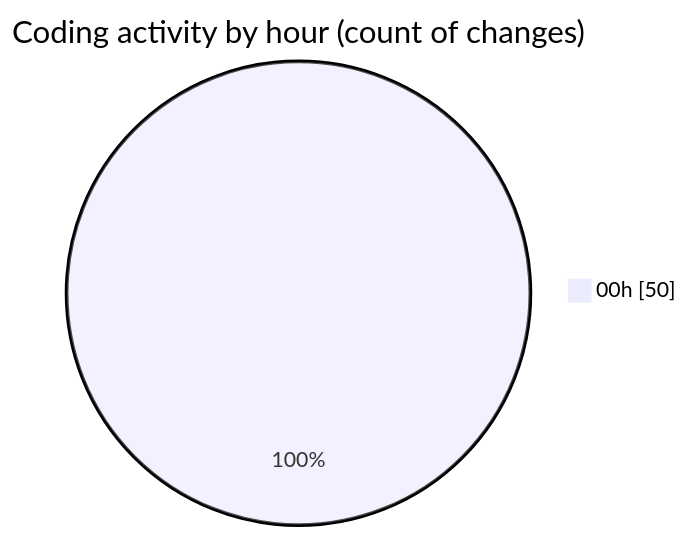
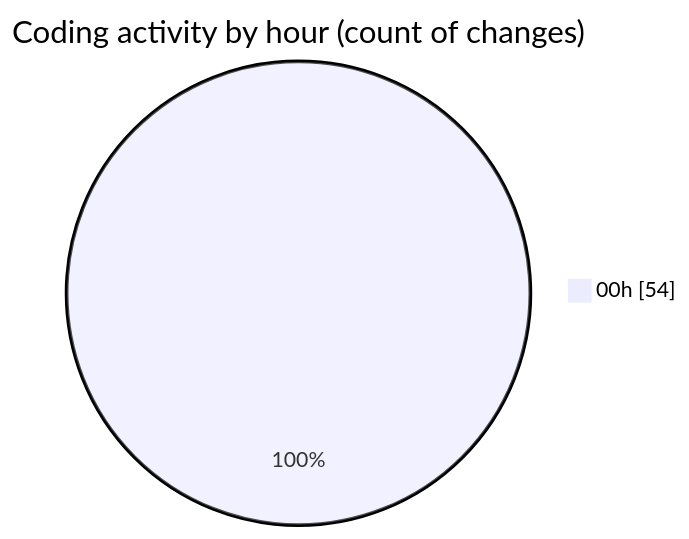
The second of 2 diagrams in 2025-07-26/quanlyrapchieuphim-1/README.md (lephambinh05/code-tracking), drawn with Mermaid before and after one commit. The commit also changed other lines of this file and 1 other file, not shown here.

````diff
--- a/2025-07-26/quanlyrapchieuphim-1/README.md
+++ b/2025-07-26/quanlyrapchieuphim-1/README.md
@@ -33,5 +34,5 @@
 ```mermaid
 pie showData
 title Coding activity by hour (count of changes)
-"00h" : 50
+"00h" : 54
 ```
````
